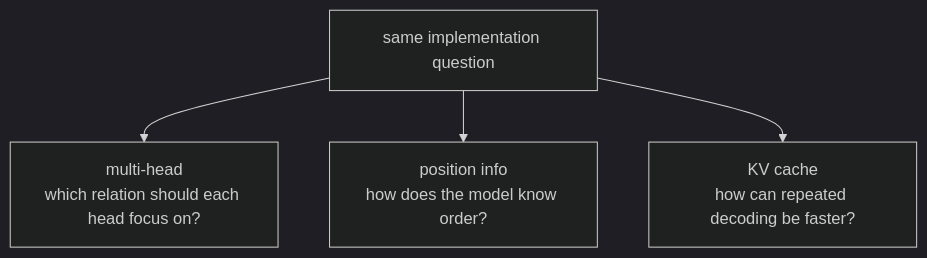
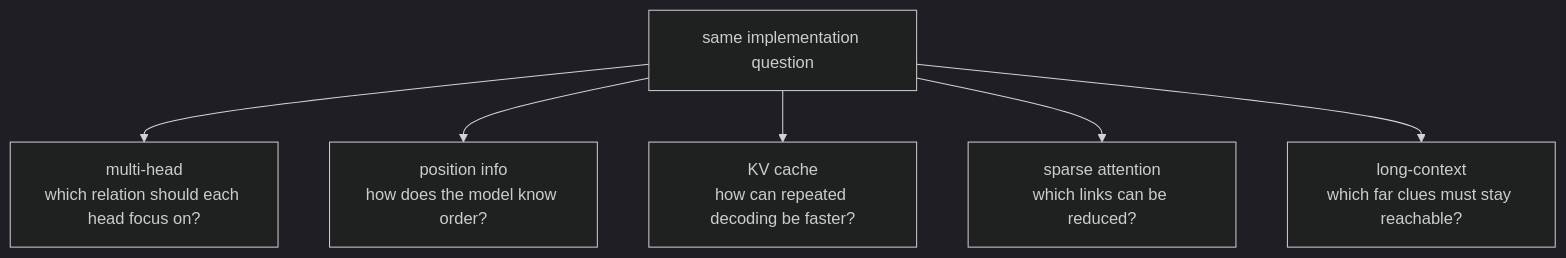
The diagram in docs/parts/part-05/chapter-03/section-03.md (devchan64/AiBook), drawn with Mermaid (dark theme) before and after one commit. The commit also changed other lines of this file and 6 other files, not shown here.

````diff
--- a/docs/parts/part-05/chapter-03/section-03.md
+++ b/docs/parts/part-05/chapter-03/section-03.md
@@ -120,11 +258,15 @@
 ```mermaid
 flowchart TD
   A["same implementation question"]
   B["multi-head<br/>which relation should each head focus on?"]
   C["position info<br/>how does the model know order?"]
   D["KV cache<br/>how can repeated decoding be faster?"]
+  E["sparse attention<br/>which links can be reduced?"]
+  F["long-context<br/>which far clues must stay reachable?"]
 
   A --> B
   A --> C
   A --> D
+  A --> E
+  A --> F
 ```
````
